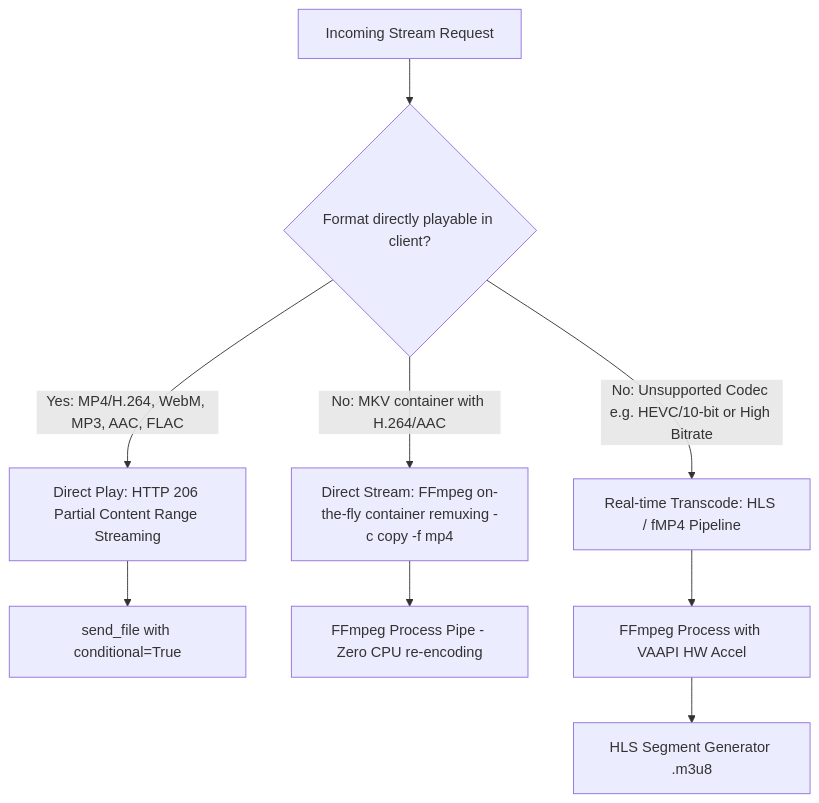
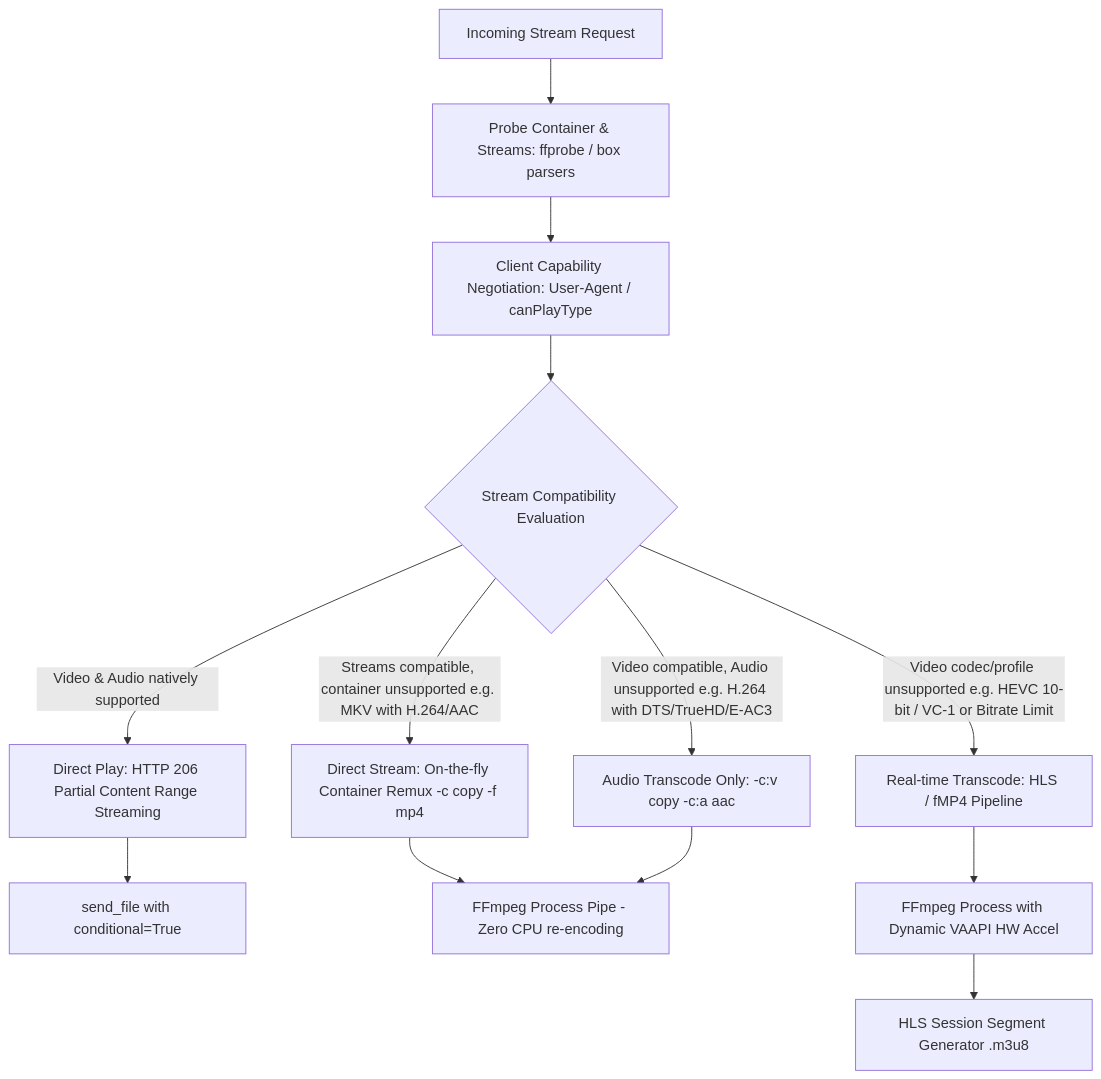
Before and after one commit to syfq91/aarkib: the fifth of 6 diagrams in media_server_execution_plan.md, drawn with Mermaid. The commit also changed other lines of this file, not shown here.

Commit message:
docs: update execution plan with concurrency, persistence, and pipeline refinements

````diff
--- a/media_server_execution_plan.md
+++ b/media_server_execution_plan.md
@@ -315,14 +401,19 @@
 ```mermaid
 flowchart TD
-    Req[Incoming Stream Request] --> DirectCheck{Format directly playable in client?}
+    Req[Incoming Stream Request] --> Probe[Probe Container & Streams: ffprobe / box parsers]
+    Probe --> CapCheck[Client Capability Negotiation: User-Agent / canPlayType]
     
-    DirectCheck -->|Yes: MP4/H.264, WebM, MP3, AAC, FLAC| DirectPlay[Direct Play: HTTP 206 Partial Content Range Streaming]
-    DirectCheck -->|No: MKV container with H.264/AAC| Remux[Direct Stream: FFmpeg on-the-fly container remuxing -c copy -f mp4]
-    DirectCheck -->|No: Unsupported Codec e.g. HEVC/10-bit or High Bitrate| Transcode[Real-time Transcode: HLS / fMP4 Pipeline]
+    CapCheck --> Decision{Stream Compatibility Evaluation}
+    
+    Decision -->|Video & Audio natively supported| DirectPlay[Direct Play: HTTP 206 Partial Content Range Streaming]
+    Decision -->|Streams compatible, container unsupported e.g. MKV with H.264/AAC| Remux[Direct Stream: On-the-fly Container Remux -c copy -f mp4]
+    Decision -->|Video compatible, Audio unsupported e.g. H.264 with DTS/TrueHD/E-AC3| AudioTranscode[Audio Transcode Only: -c:v copy -c:a aac]
+    Decision -->|Video codec/profile unsupported e.g. HEVC 10-bit / VC-1 or Bitrate Limit| FullTranscode[Real-time Transcode: HLS / fMP4 Pipeline]
 
     DirectPlay --> FlaskSendFile[send_file with conditional=True]
     Remux --> FFmpegProcess[FFmpeg Process Pipe - Zero CPU re-encoding]
-    Transcode --> FFmpegHW[FFmpeg Process with VAAPI HW Accel]
+    AudioTranscode --> FFmpegProcess
+    FullTranscode --> FFmpegHW[FFmpeg Process with Dynamic VAAPI HW Accel]
     
-    FFmpegHW --> HLSPlaylist[HLS Segment Generator .m3u8]
+    FFmpegHW --> HLSPlaylist[HLS Session Segment Generator .m3u8]
 ```
````
